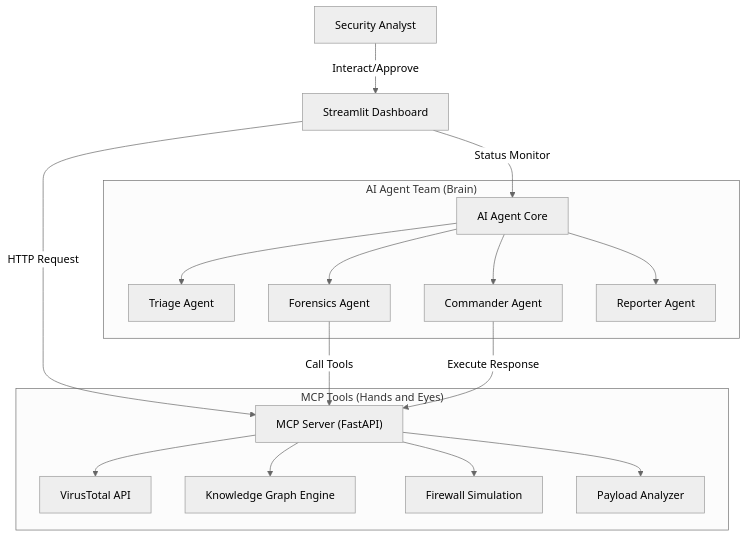
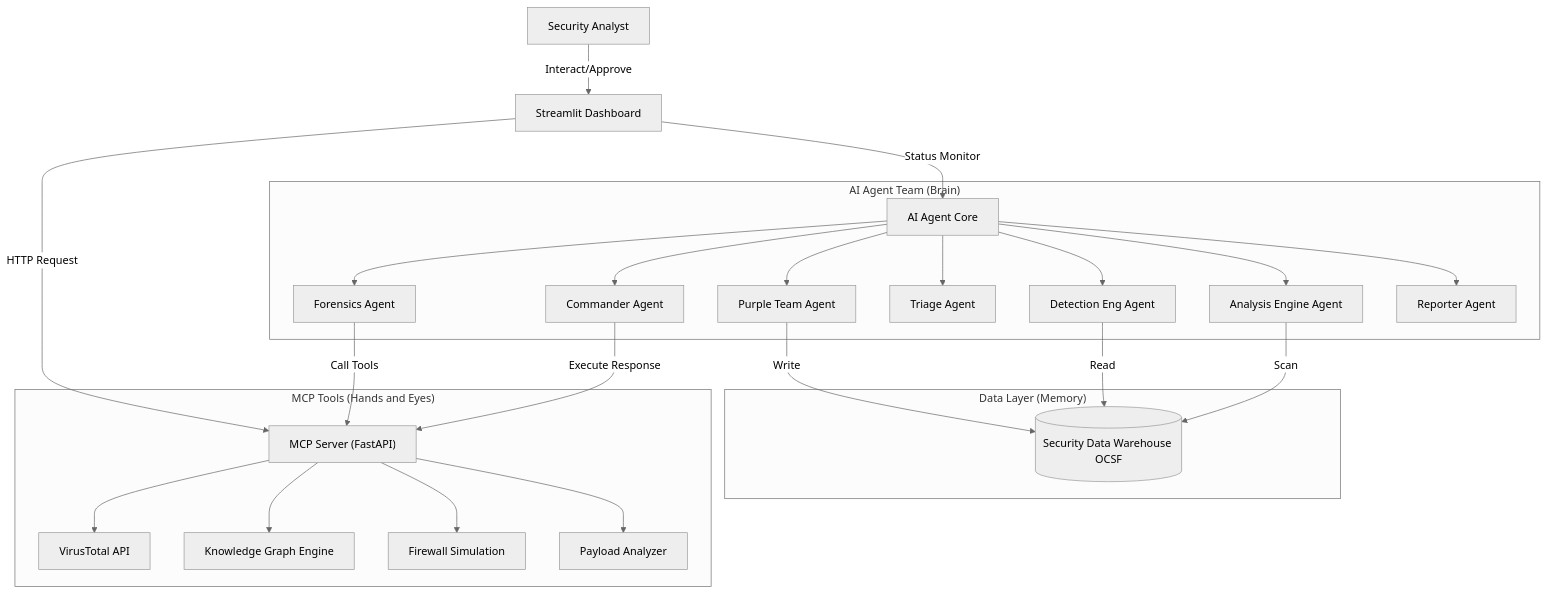
One commit to SafelineMan/Agentic-SOC-Simulation changed the diagram in README.md. Above: the diagram before and after it, drawn with Mermaid (neutral theme). The commit also changed other lines of this file and 8 other files, not shown here.

````diff
--- a/README.md
+++ b/README.md
@@ -57,23 +63,32 @@
 ```mermaid
 graph TD
     User[Security Analyst] -->|Interact/Approve| UI["Streamlit Dashboard"]
     UI -->|HTTP Request| MCP["MCP Server (FastAPI)"]
     UI -->|Status Monitor| AgentCore["AI Agent Core"]
     
     subgraph AgentTeam ["AI Agent Team (Brain)"]
+        AgentCore --> Purple[Purple Team Agent]
+        AgentCore --> Detection[Detection Eng Agent]
+        AgentCore --> Engine[Analysis Engine Agent]
         AgentCore --> Triage[Triage Agent]
         AgentCore --> Forensic[Forensics Agent]
         AgentCore --> Commander[Commander Agent]
         AgentCore --> Reporter[Reporter Agent]
     end
     
+    subgraph DataLayer ["Data Layer (Memory)"]
+        Purple -->|Write| Warehouse[(Security Data Warehouse OCSF)]
+        Detection -->|Read| Warehouse
+        Engine -->|Scan| Warehouse
+    end
+
     subgraph MCPTools ["MCP Tools (Hands and Eyes)"]
         MCP --> VT["VirusTotal API"]
         MCP --> Graph[Knowledge Graph Engine]
         MCP --> Firewall[Firewall Simulation]
         MCP --> Payload["Payload Analyzer"]
     end
     
     Forensic -->|Call Tools| MCP
     Commander -->|Execute Response| MCP
 ```
````
